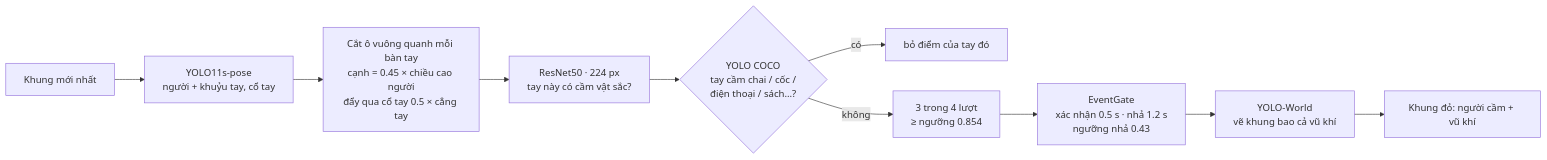
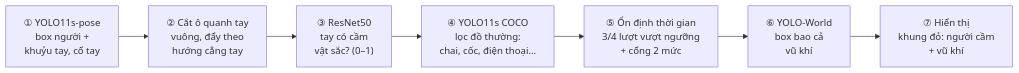
Before and after one commit to TranDuon/anomaly-behavior-detector-system: the fourth of 6 diagrams in docs/bao-ve-pha-hoai-va-vat-sac-nhon.md, drawn with Mermaid. The commit also changed other lines of this file, not shown here.

````diff
--- a/docs/bao-ve-pha-hoai-va-vat-sac-nhon.md
+++ b/docs/bao-ve-pha-hoai-va-vat-sac-nhon.md
@@ -130,12 +94,9 @@
 ```mermaid
 flowchart LR
-    F[Khung mới nhất] --> P[YOLO11s-pose<br/>người + khuỷu tay, cổ tay]
-    P --> C[Cắt ô vuông quanh mỗi bàn tay<br/>cạnh = 0.45 × chiều cao người<br/>đẩy qua cổ tay 0.5 × cẳng tay]
-    C --> R[ResNet50 · 224 px<br/>tay này có cầm vật sắc?]
-    R --> VETO{YOLO COCO<br/>tay cầm chai / cốc /<br/>điện thoại / sách…?}
-    VETO -->|có| X[bỏ điểm của tay đó]
-    VETO -->|không| K[3 trong 4 lượt<br/>≥ ngưỡng 0.854]
-    K --> G[EventGate<br/>xác nhận 0.5 s · nhả 1.2 s<br/>ngưỡng nhả 0.43]
-    G --> L[YOLO-World<br/>vẽ khung bao cả vũ khí]
-    L --> UI[Khung đỏ: người cầm + vũ khí]
+    B1["① YOLO11s-pose<br/>box người +<br/>khuỷu tay, cổ tay"] --> B2["② Cắt ô quanh tay<br/>vuông, đẩy theo<br/>hướng cẳng tay"]
+    B2 --> B3["③ ResNet50<br/>tay có cầm<br/>vật sắc? (0–1)"]
+    B3 --> B4["④ YOLO11s COCO<br/>lọc đồ thường:<br/>chai, cốc, điện thoại…"]
+    B4 --> B5["⑤ Ổn định thời gian<br/>3/4 lượt vượt ngưỡng<br/>+ cổng 2 mức"]
+    B5 --> B6["⑥ YOLO-World<br/>box bao cả<br/>vũ khí"]
+    B6 --> B7["⑦ Hiển thị<br/>khung đỏ: người cầm<br/>+ vũ khí"]
 ```
````
